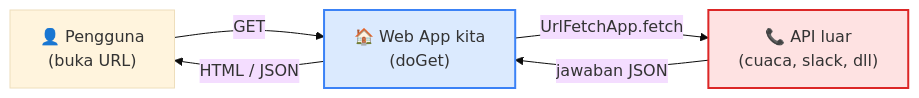
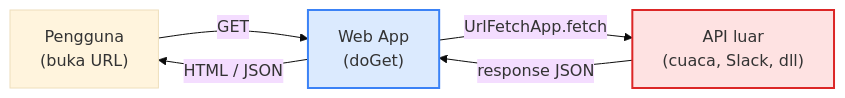
One commit to githubna-ilham/google-script changed the first of 3 diagrams in Modul-7-Web-Apps-and-API-Integration/materi.md. Above: the diagram before and after it, drawn with Mermaid (base theme). The commit also changed other lines of this file, not shown here.

````diff
--- a/Modul-7-Web-Apps-and-API-Integration/materi.md
+++ b/Modul-7-Web-Apps-and-API-Integration/materi.md
@@ -23,10 +22,10 @@
 ```mermaid
 flowchart LR
-    User["👤 Pengguna<br/>(buka URL)"] -->|GET| WebApp["🏠 Web App kita<br/>(doGet)"]:::wa
-    WebApp -->|UrlFetchApp.fetch| API["📞 API luar<br/>(cuaca, slack, dll)"]:::api
-    API -->|jawaban JSON| WebApp
+    User["Pengguna<br/>(buka URL)"] -->|GET| WebApp["Web App<br/>(doGet)"]:::wa
+    WebApp -->|UrlFetchApp.fetch| API["API luar<br/>(cuaca, Slack, dll)"]:::api
+    API -->|response JSON| WebApp
     WebApp -->|HTML / JSON| User
 
     classDef wa fill:#dbeafe,stroke:#3b82f6,stroke-width:2px
     classDef api fill:#fee2e2,stroke:#dc2626,stroke-width:2px
 ```
````
